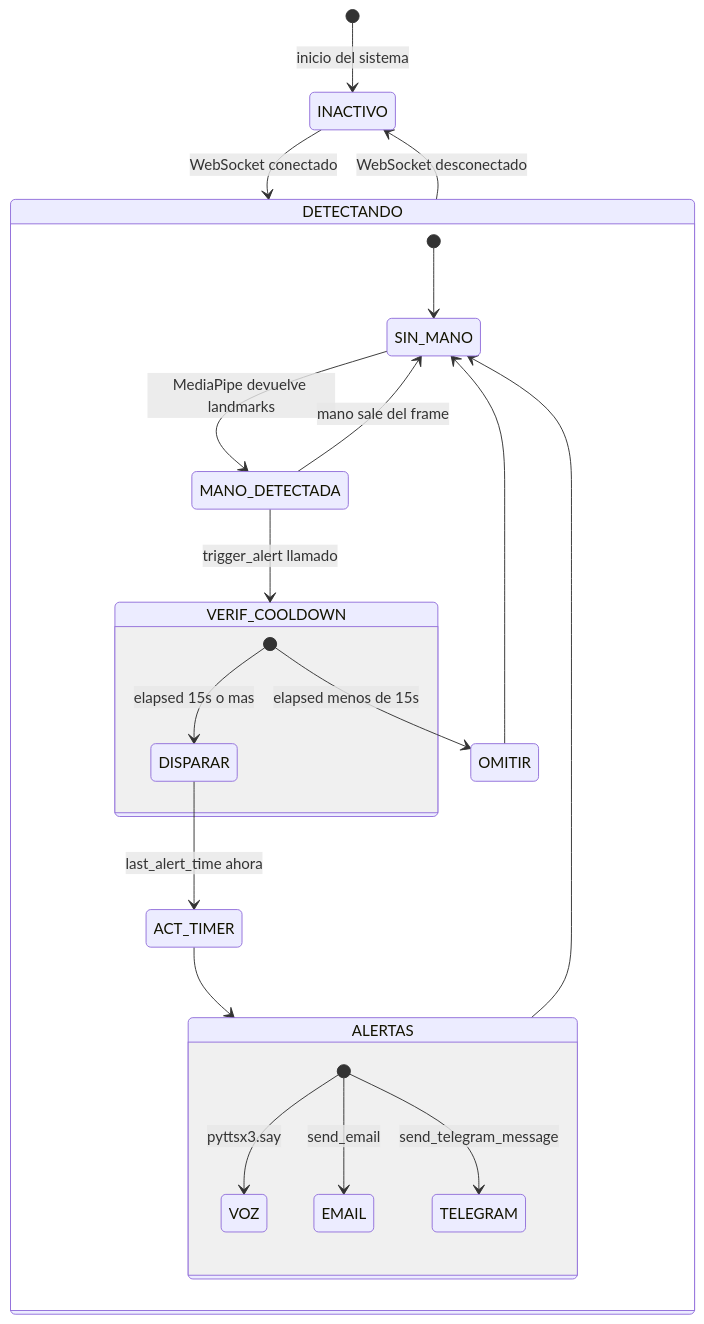
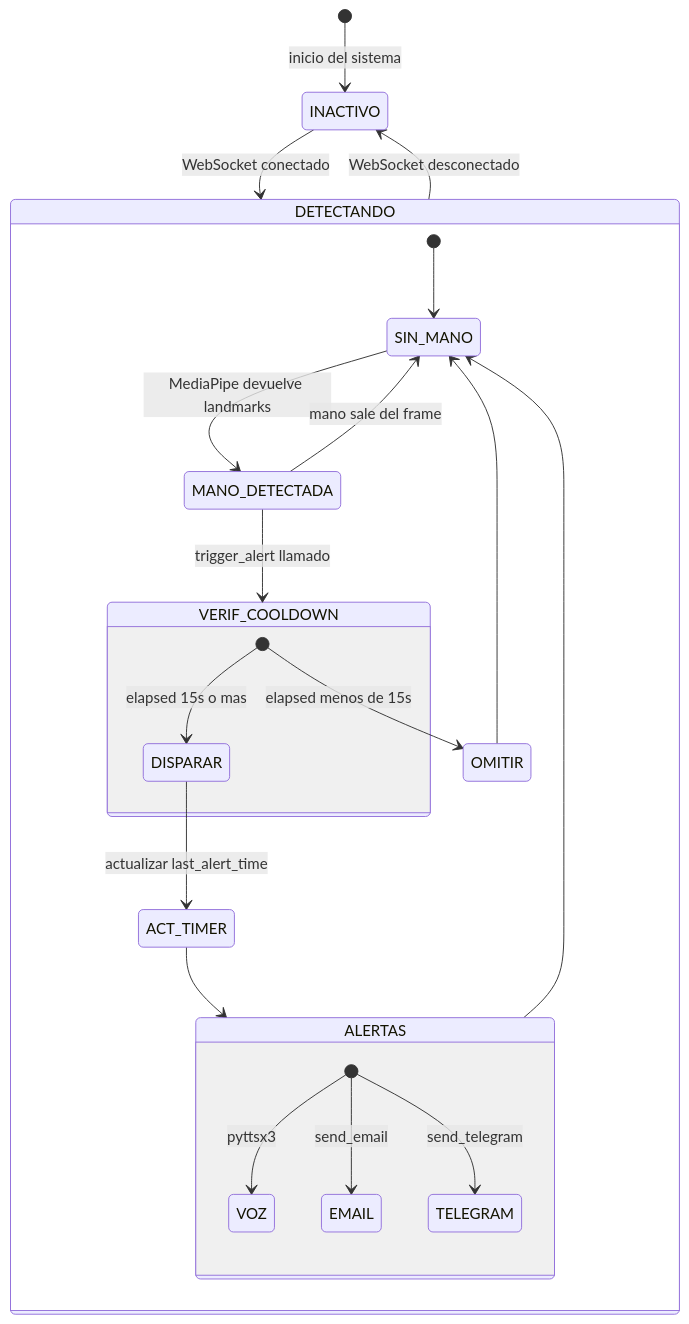
Before and after one commit to jorgefajardom-coder/esp32cam-hand-detection-safety-system: the eighth of 8 diagrams in README.md, drawn with Mermaid. The commit also changed other lines of this file, not shown here.

````diff
--- a/README.md
+++ b/README.md
@@ -726,30 +724,30 @@
 ```mermaid
 stateDiagram-v2
     [*] --> INACTIVO : inicio del sistema
     INACTIVO --> DETECTANDO : WebSocket conectado
 
     state DETECTANDO {
         [*] --> SIN_MANO
         SIN_MANO --> MANO_DETECTADA : MediaPipe devuelve landmarks
         MANO_DETECTADA --> VERIF_COOLDOWN : trigger_alert llamado
 
         state VERIF_COOLDOWN {
             [*] --> DISPARAR : elapsed 15s o mas
             [*] --> OMITIR : elapsed menos de 15s
-            DISPARAR --> ACT_TIMER : last_alert_time ahora
+            DISPARAR --> ACT_TIMER : actualizar last_alert_time
         }
 
         ACT_TIMER --> ALERTAS
         state ALERTAS {
-            [*] --> VOZ : pyttsx3.say
+            [*] --> VOZ : pyttsx3
             [*] --> EMAIL : send_email
-            [*] --> TELEGRAM : send_telegram_message
+            [*] --> TELEGRAM : send_telegram
         }
 
         ALERTAS --> SIN_MANO
         OMITIR --> SIN_MANO
         MANO_DETECTADA --> SIN_MANO : mano sale del frame
     }
 
     DETECTANDO --> INACTIVO : WebSocket desconectado
 ```
````
